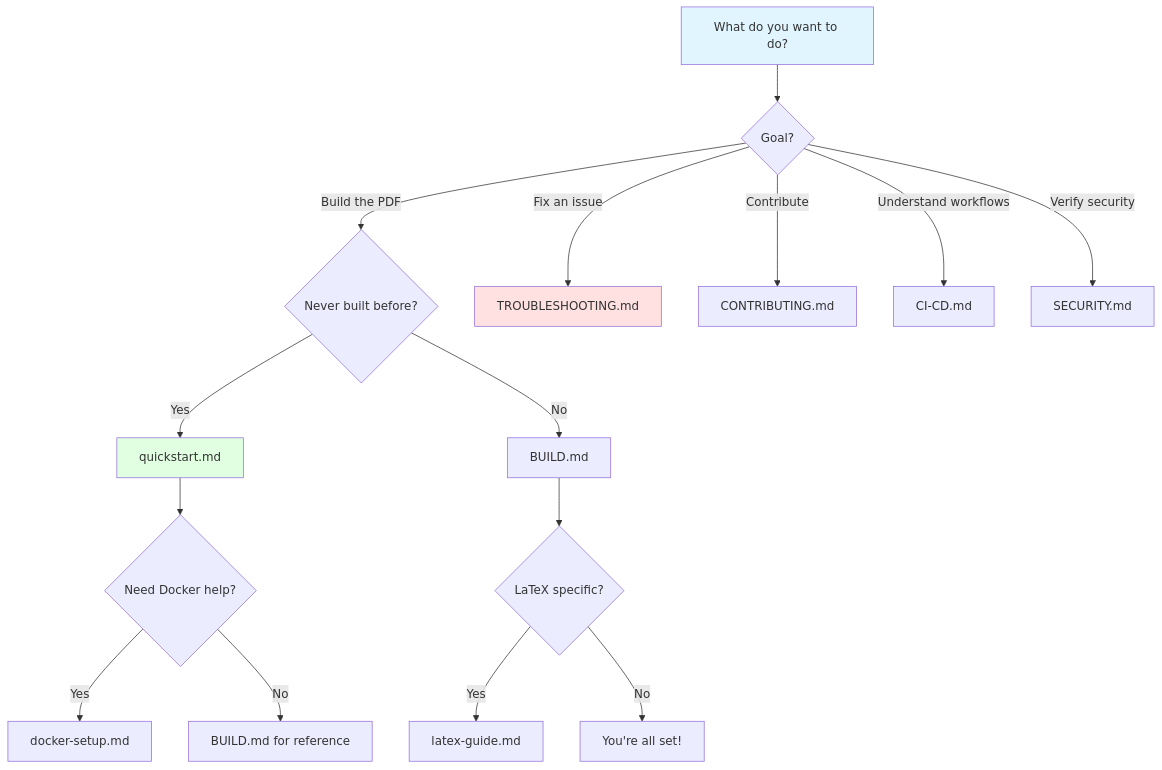
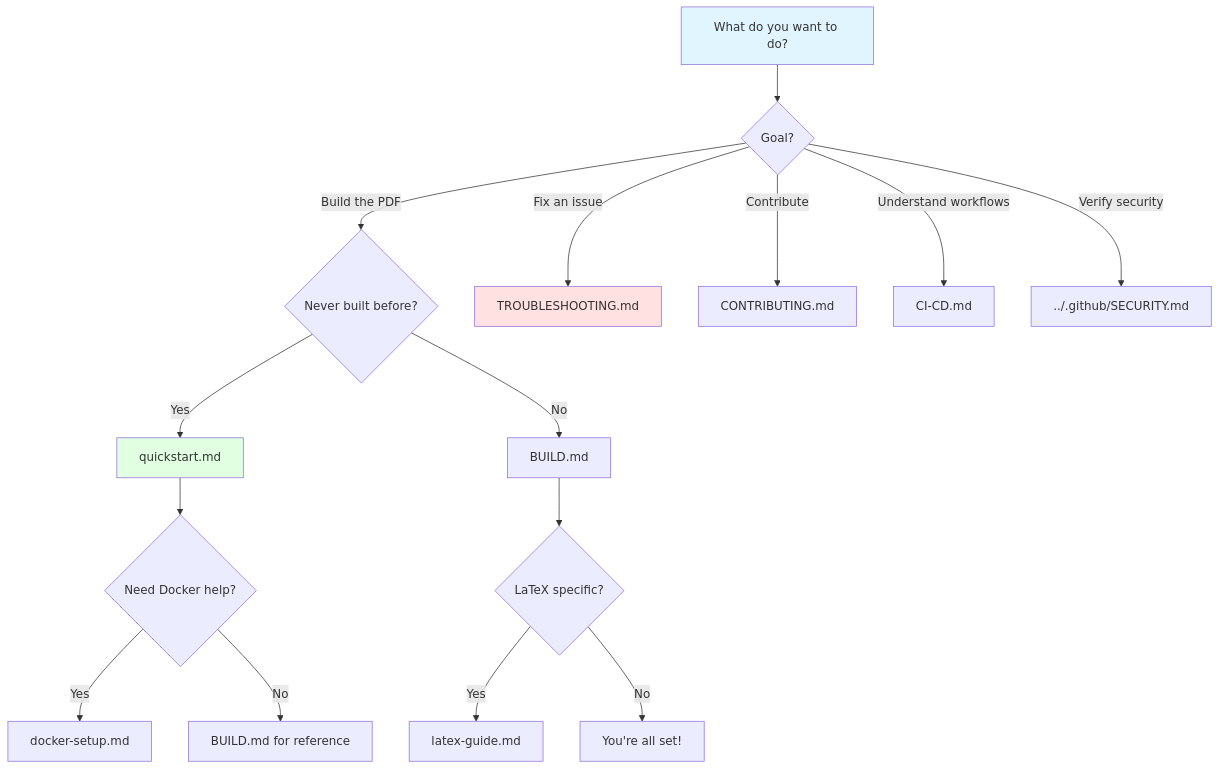
One commit to realnedsanders/Coordination-Trilemma changed the diagram in docs/README.md. Above: the diagram before and after it, drawn with Mermaid. The commit also changed other lines of this file and 19 other files, not shown here.

````diff
--- a/docs/README.md
+++ b/docs/README.md
@@ -9,25 +9,25 @@
 ```mermaid
 flowchart TD
     A[What do you want to do?] --> B{Goal?}
 
     B -->|Build the PDF| C{Never built before?}
     B -->|Fix an issue| D[TROUBLESHOOTING.md]
     B -->|Contribute| E[CONTRIBUTING.md]
     B -->|Understand workflows| F[CI-CD.md]
-    B -->|Verify security| G[SECURITY.md]
+    B -->|Verify security| G[../.github/SECURITY.md]
 
     C -->|Yes| H[quickstart.md]
     C -->|No| I[BUILD.md]
 
     H --> J{Need Docker help?}
     J -->|Yes| K[docker-setup.md]
     J -->|No| L[BUILD.md for reference]
 
     I --> M{LaTeX specific?}
     M -->|Yes| N[latex-guide.md]
     M -->|No| O[You're all set!]
 
     style A fill:#e1f5ff
     style H fill:#e1ffe1
     style D fill:#ffe1e1
 ```
````
